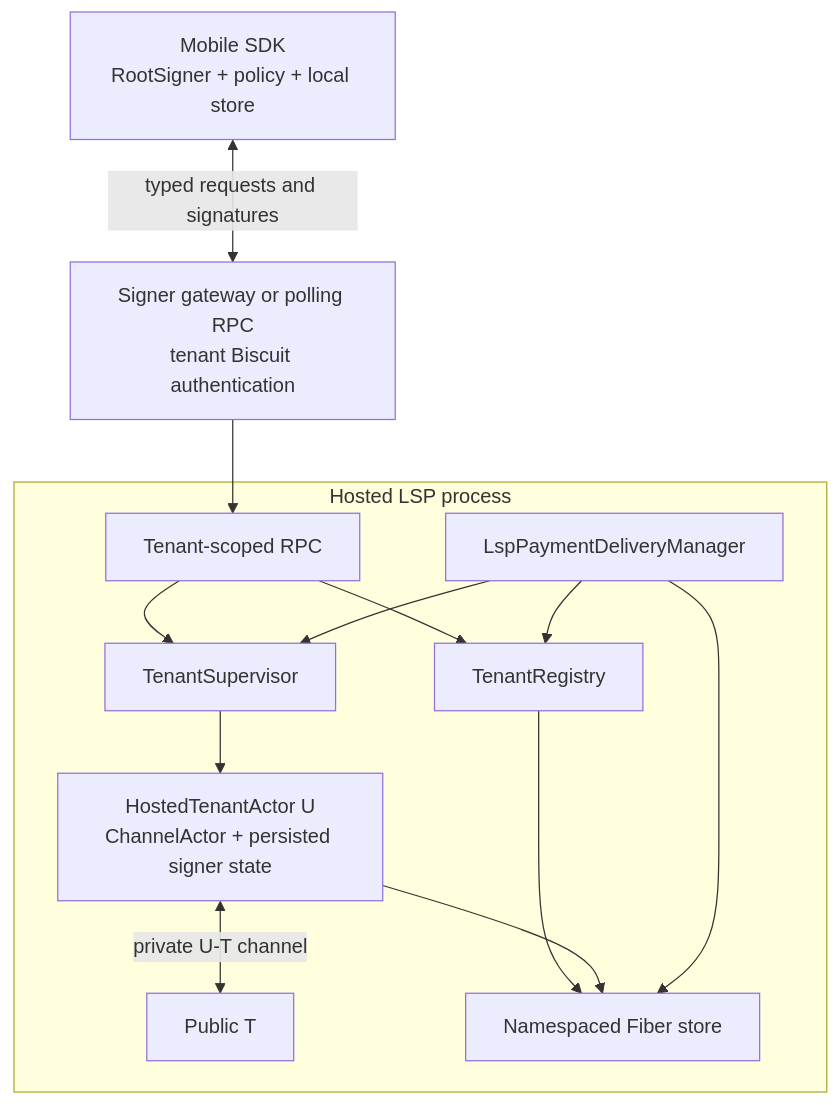
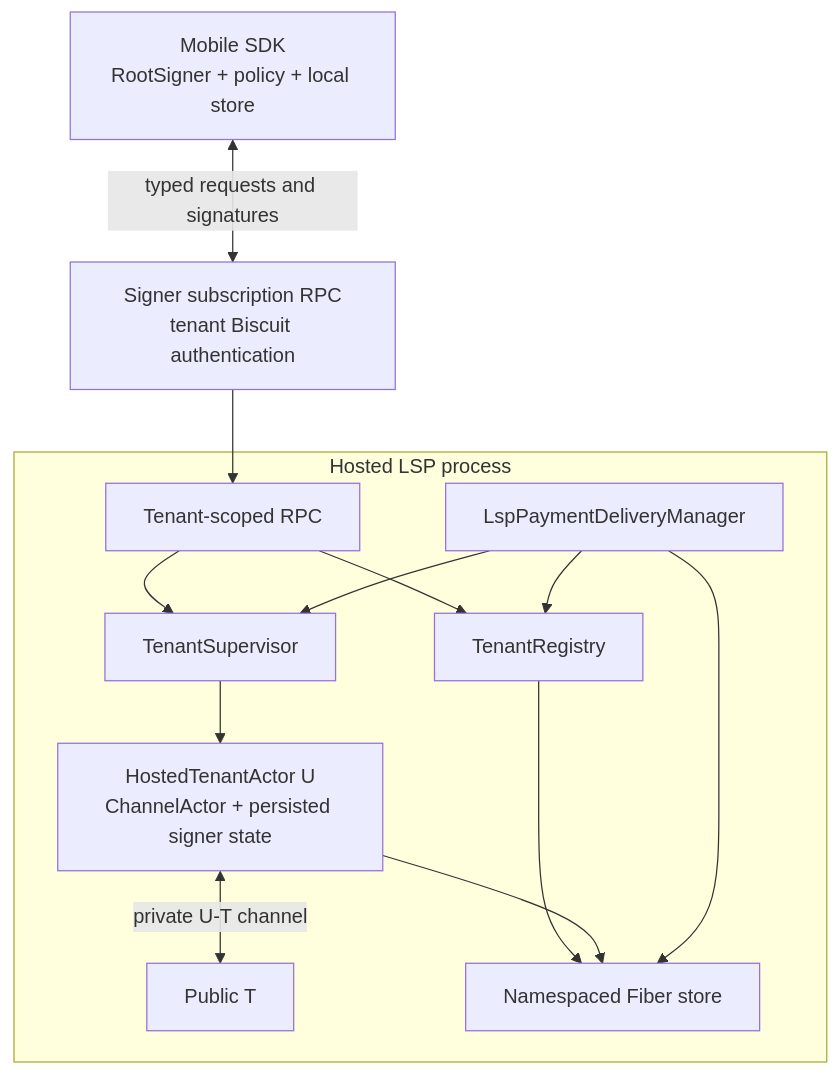
One commit to nervosnetwork/fiber changed the second of 4 diagrams in docs/notes/hosted-lsp-remote-signer.md. Above: the diagram before and after it, drawn with Mermaid. The commit also changed other lines of this file and 29 other files, not shown here.

````diff
--- a/docs/notes/hosted-lsp-remote-signer.md
+++ b/docs/notes/hosted-lsp-remote-signer.md
@@ -140,28 +141,28 @@
 ```mermaid
 flowchart TB
     M["Mobile SDK<br/>RootSigner + policy + local store"]
-    G["Signer gateway or polling RPC<br/>tenant Biscuit authentication"]
+    G["Signer subscription RPC<br/>tenant Biscuit authentication"]
 
     subgraph LSP["Hosted LSP process"]
         API["Tenant-scoped RPC"]
         TR["TenantRegistry"]
         TS["TenantSupervisor"]
         DM["LspPaymentDeliveryManager"]
         U["HostedTenantActor U<br/>ChannelActor + persisted signer state"]
         T["Public T"]
         STORE["Namespaced Fiber store"]
 
         API --> TR
         API --> TS
         TS --> U
         DM --> TR
         DM --> TS
         U <-->|"private U-T channel"| T
         TR --> STORE
         U --> STORE
         DM --> STORE
     end
 
     M <-->|"typed requests and signatures"| G
     G --> API
 ```
````
